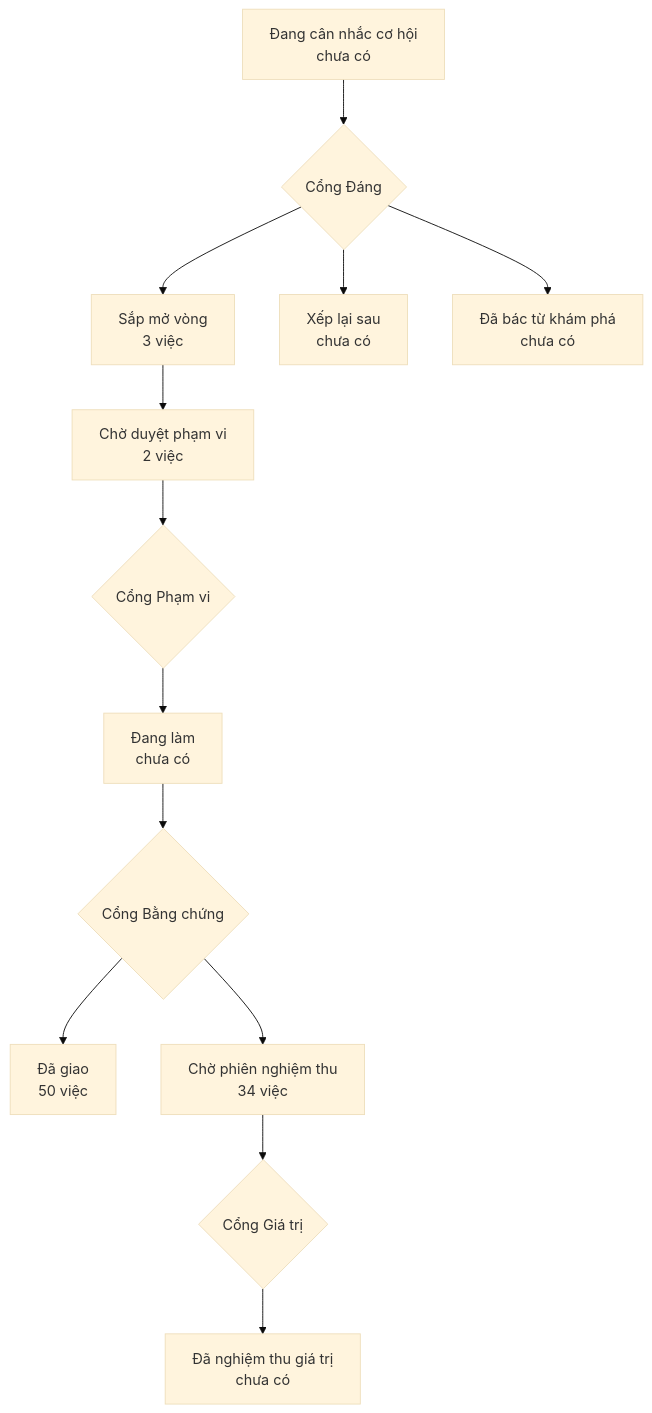
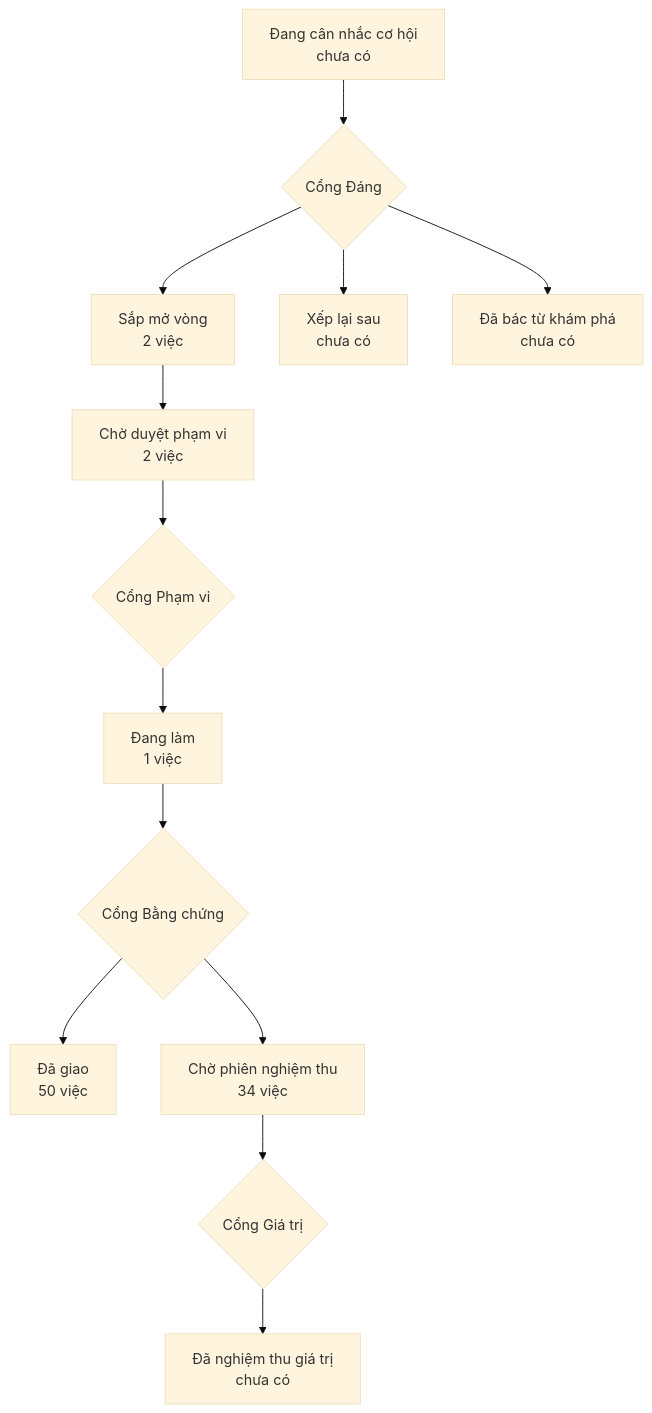
One commit to phanlemanh/onehub-invest changed the diagram in PRODUCT-MAP.md. Above: the diagram before and after it, drawn with Mermaid (base theme). The commit also changed other lines of this file and 3 other files, not shown here.

````diff
--- a/PRODUCT-MAP.md
+++ b/PRODUCT-MAP.md
@@ -7,12 +7,12 @@
 ```mermaid
 flowchart TD
   A["Đang cân nhắc cơ hội<br/>chưa có"] --> GD{"Cổng Đáng"}
-  GD --> B["Sắp mở vòng<br/>3 việc"]
+  GD --> B["Sắp mở vòng<br/>2 việc"]
   GD --> XL["Xếp lại sau<br/>chưa có"]
   GD --> DB["Đã bác từ khám phá<br/>chưa có"]
   B --> CD["Chờ duyệt phạm vi<br/>2 việc"] --> GP{"Cổng Phạm vi"}
-  GP --> DL["Đang làm<br/>chưa có"] --> GB{"Cổng Bằng chứng"}
+  GP --> DL["Đang làm<br/>1 việc"] --> GB{"Cổng Bằng chứng"}
   GB --> DG["Đã giao<br/>50 việc"]
   GB --> CN["Chờ phiên nghiệm thu<br/>34 việc"] --> GG{"Cổng Giá trị"}
   GG --> NT["Đã nghiệm thu giá trị<br/>chưa có"]
 ```
````
